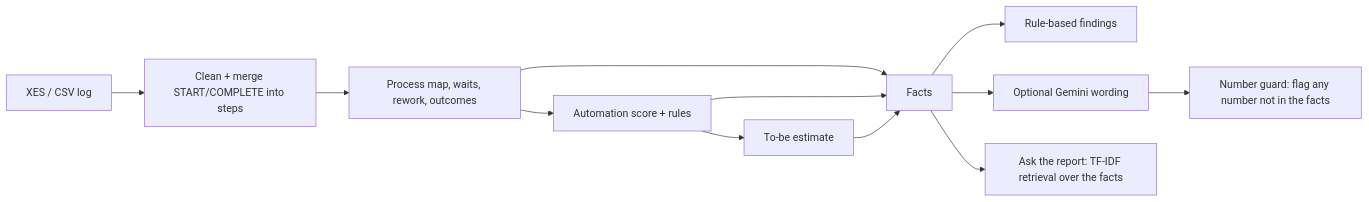
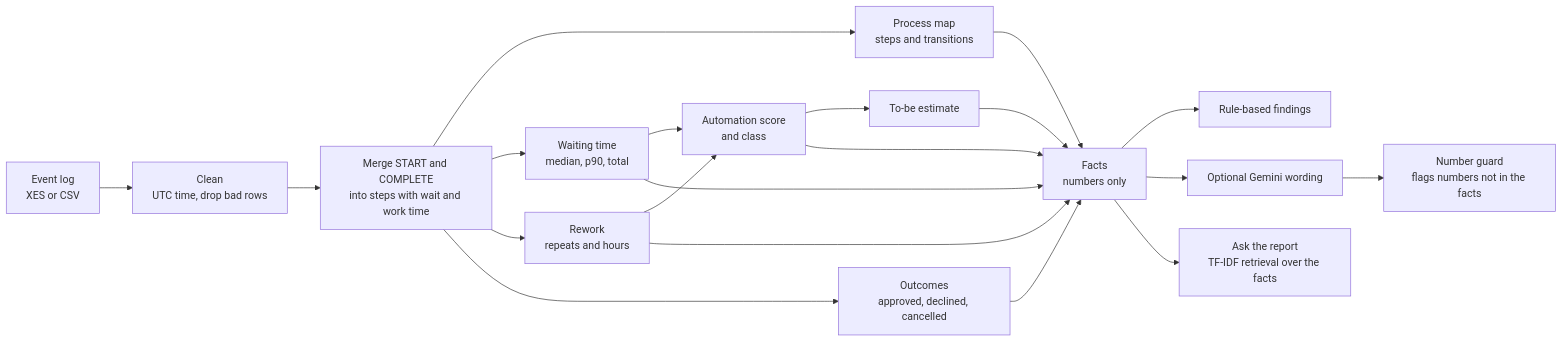
Before and after one commit to NamTas/unjam-loan-process-analyzer: the second of 3 diagrams in README.md, drawn with Mermaid. The commit also changed other lines of this file, not shown here.

````diff
--- a/README.md
+++ b/README.md
@@ -64,14 +58,22 @@
 ```mermaid
 flowchart LR
-    A[XES / CSV log] --> B[Clean + merge START/COMPLETE into steps]
-    B --> C[Process map, waits, rework, outcomes]
-    C --> D[Automation score + rules]
-    D --> E[To-be estimate]
-    C --> F[Facts]
-    D --> F
-    E --> F
-    F --> G[Rule-based findings]
-    F --> H[Optional Gemini wording]
-    H --> I[Number guard: flag any number not in the facts]
-    F --> J[Ask the report: TF-IDF retrieval over the facts]
+    A["Event log<br/>XES or CSV"] --> B["Clean<br/>UTC time, drop bad rows"]
+    B --> C["Merge START and COMPLETE<br/>into steps with wait and work time"]
+    C --> D["Process map<br/>steps and transitions"]
+    C --> E["Waiting time<br/>median, p90, total"]
+    C --> F["Rework<br/>repeats and hours"]
+    C --> G["Outcomes<br/>approved, declined, cancelled"]
+    E --> H["Automation score<br/>and class"]
+    F --> H
+    H --> I["To-be estimate"]
+    D --> J["Facts<br/>numbers only"]
+    E --> J
+    F --> J
+    G --> J
+    H --> J
+    I --> J
+    J --> K["Rule-based findings"]
+    J --> L["Optional Gemini wording"]
+    L --> M["Number guard<br/>flags numbers not in the facts"]
+    J --> N["Ask the report<br/>TF-IDF retrieval over the facts"]
 ```
````
